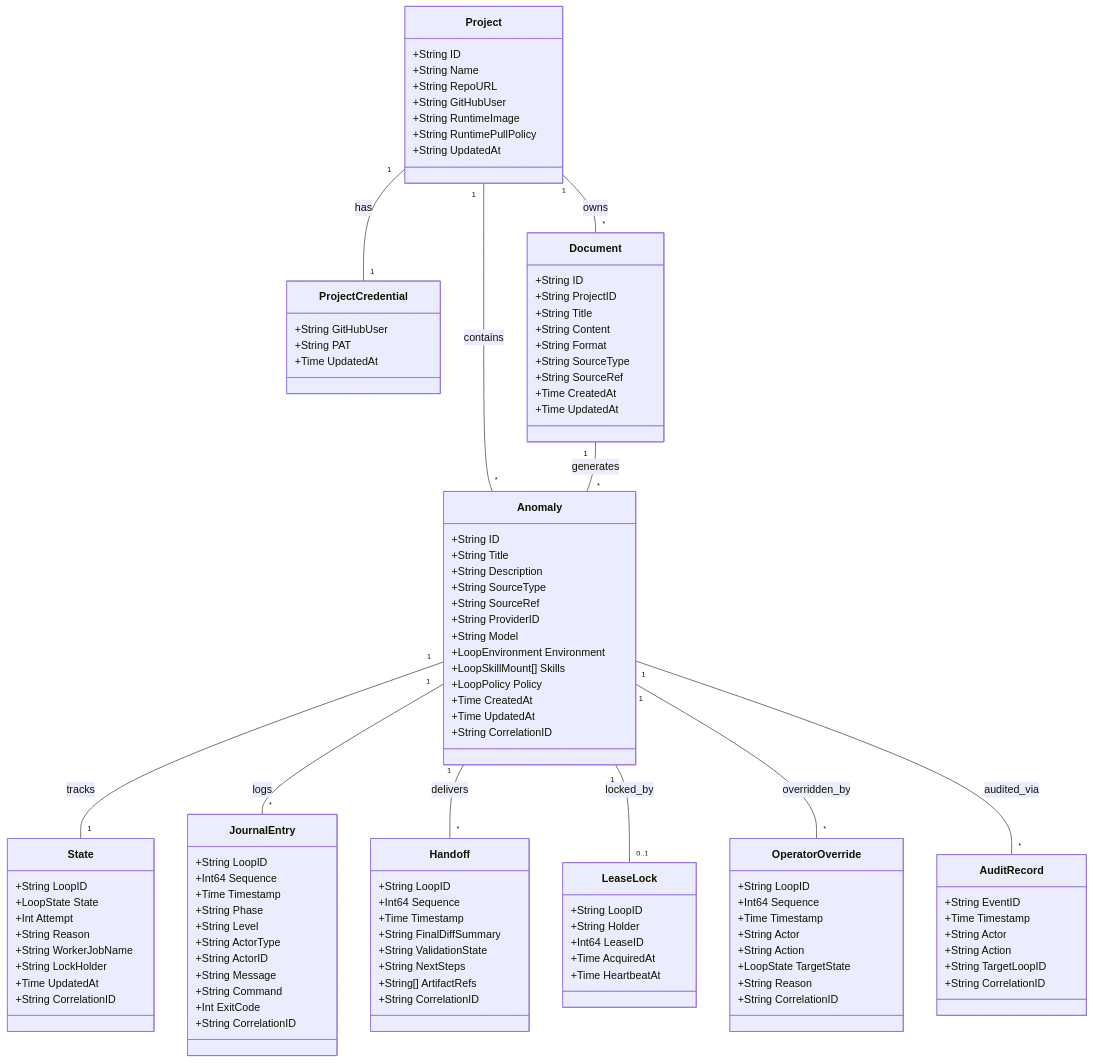
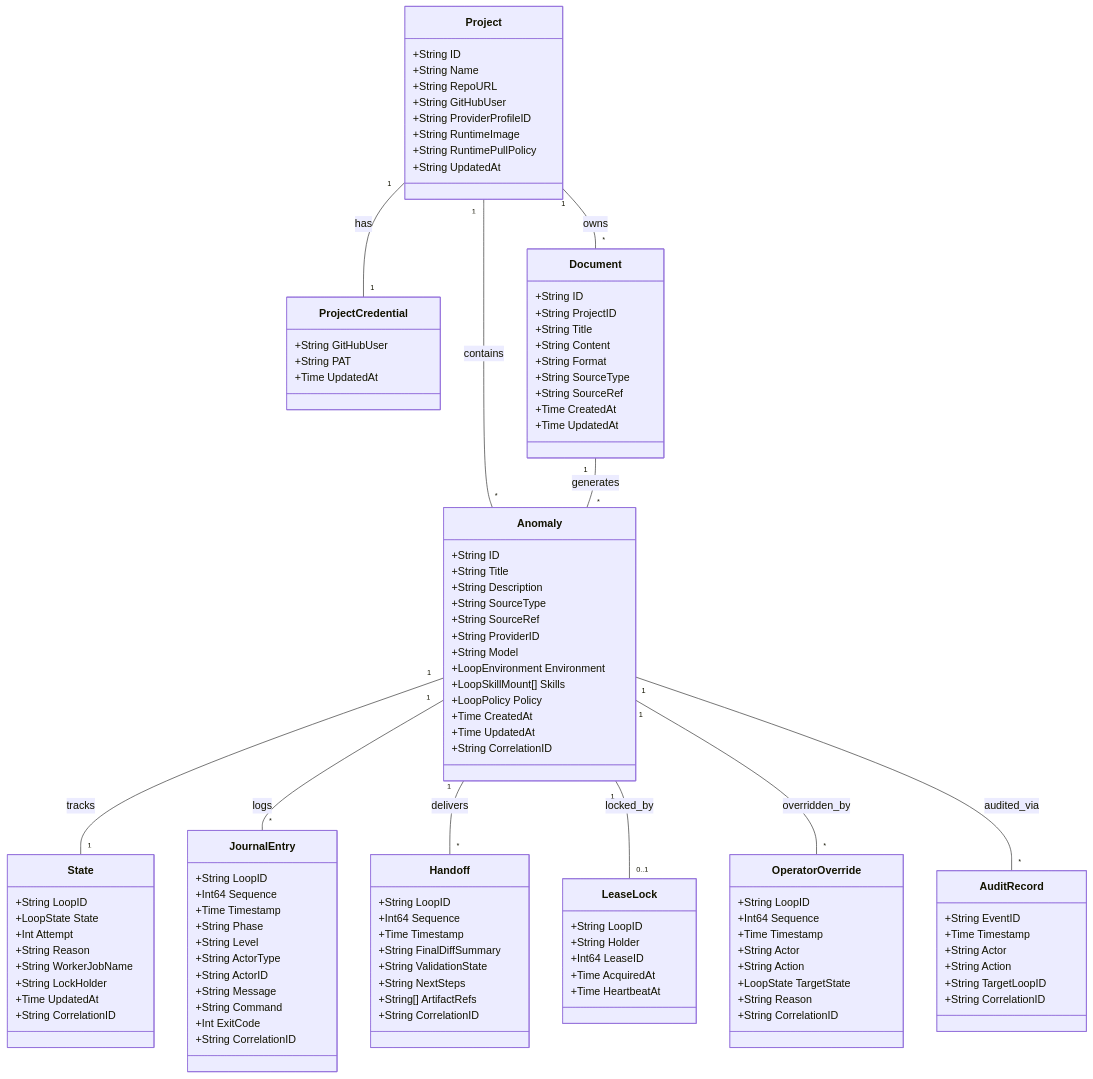
The fifth of 6 diagrams in docs/loop-ingress-and-cli.md (mrkplt/smith), drawn with Mermaid before and after one commit. The commit also changed other lines of this file and 25 other files, not shown here.

```diff
--- a/docs/loop-ingress-and-cli.md
+++ b/docs/loop-ingress-and-cli.md
@@ -210,6 +216,7 @@
         +String Name
         +String RepoURL
         +String GitHubUser
+        +String ProviderProfileID
         +String RuntimeImage
         +String RuntimePullPolicy
         +String UpdatedAt
```
